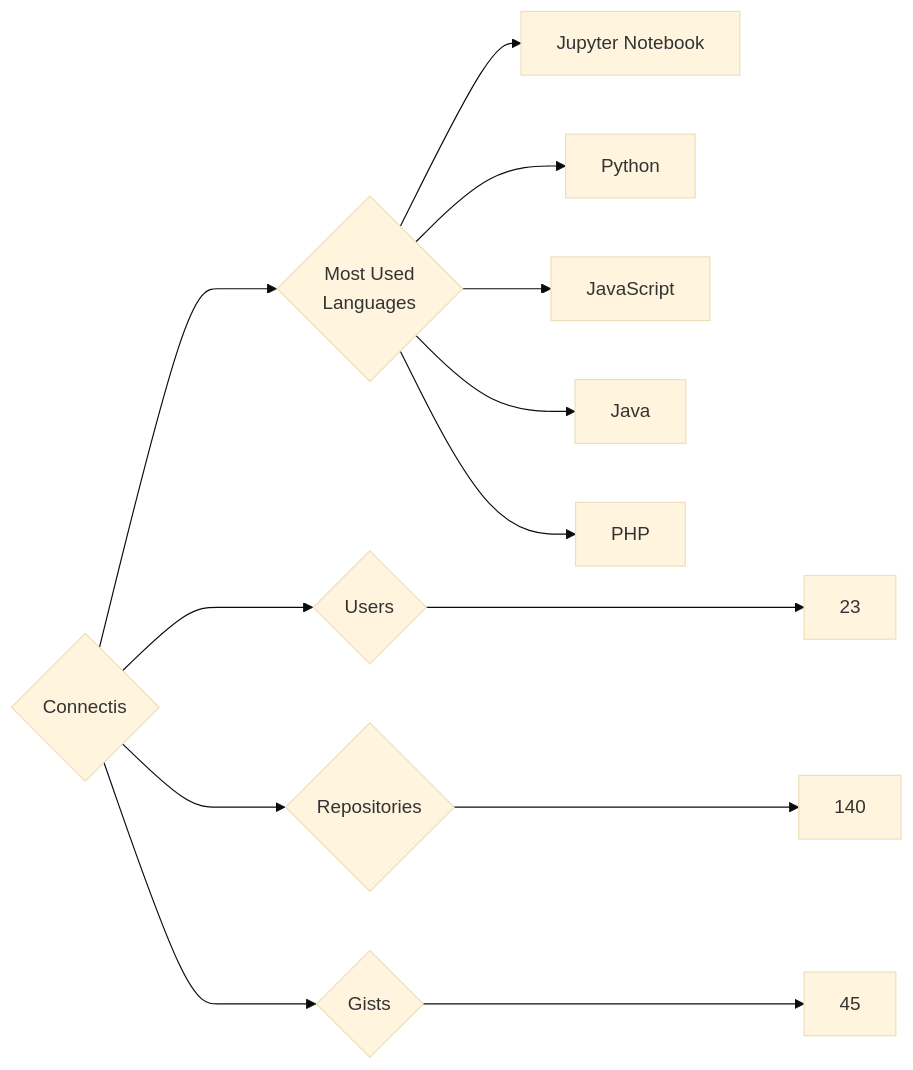
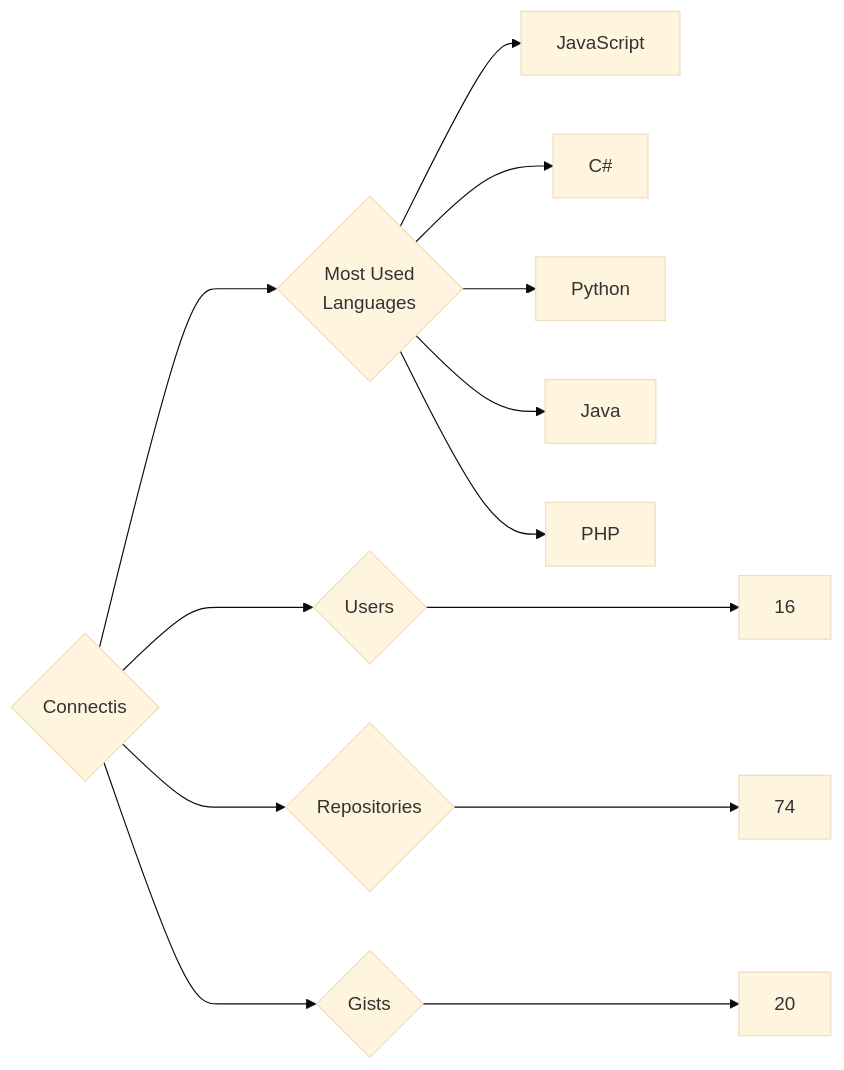
One commit to trickest/insiders changed the diagram in targets/Connectis/README.md. Above: the diagram before and after it, drawn with Mermaid (base theme). The commit also changed 895 other files, not shown here.

````diff
--- a/targets/Connectis/README.md
+++ b/targets/Connectis/README.md
@@ -3,13 +3,13 @@
 ```mermaid
 graph LR
 COMPANY_NAME{Connectis}
-COMPANY_NAME ---> U{Users} ---> UN[23]
-COMPANY_NAME ---> R{Repositories} ---> RN[140]
-COMPANY_NAME ---> G{Gists} ---> GN[45]
+COMPANY_NAME ---> U{Users} ---> UN[16]
+COMPANY_NAME ---> R{Repositories} ---> RN[74]
+COMPANY_NAME ---> G{Gists} ---> GN[20]
 COMPANY_NAME ---> ML{Most Used<br>Languages}
-ML --> Jupyter_Notebook[Jupyter Notebook]
+ML --> JavaScript[JavaScript]
+ML --> C#[C#]
 ML --> Python[Python]
-ML --> JavaScript[JavaScript]
 ML --> Java[Java]
 ML --> PHP[PHP]
 ```
````
